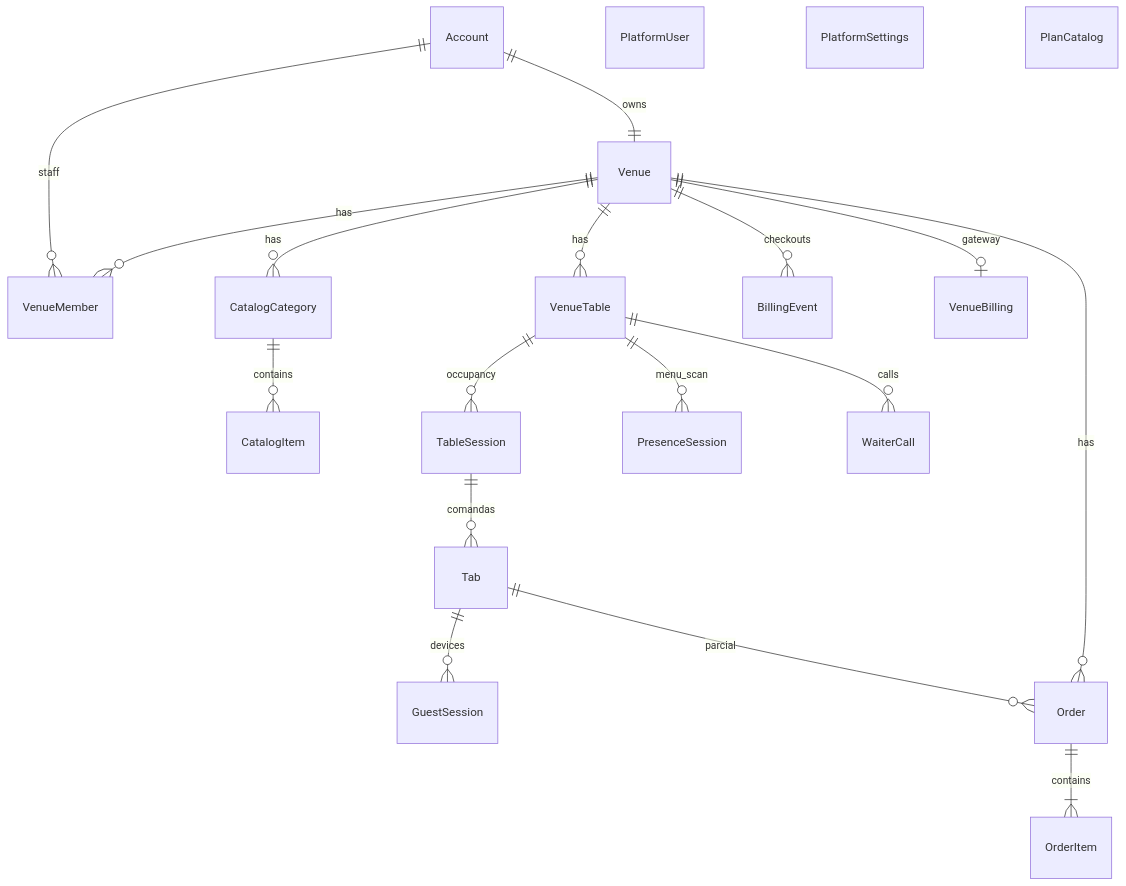
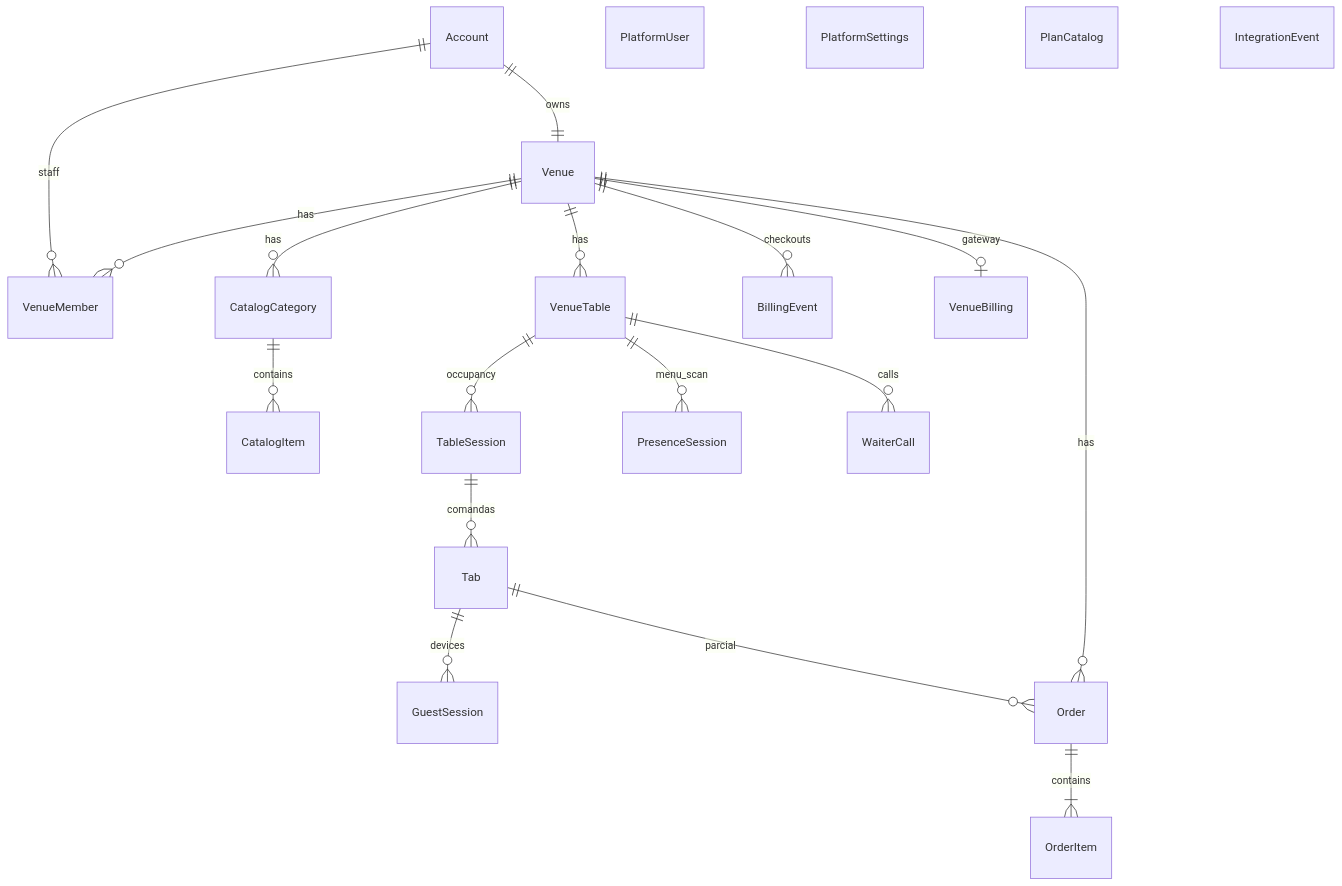
Before and after one commit to filiperamosds/eaimesa-frontend: the diagram in docs/data/schema.md, drawn with Mermaid. The commit also changed other lines of this file and 18 other files, not shown here.

````diff
--- a/docs/data/schema.md
+++ b/docs/data/schema.md
@@ -220,22 +243,23 @@
 ```mermaid
 erDiagram
   Account ||--|| Venue : owns
   Account ||--o{ VenueMember : staff
   Venue ||--o{ VenueMember : has
   Venue ||--o{ CatalogCategory : has
   CatalogCategory ||--o{ CatalogItem : contains
   Venue ||--o{ VenueTable : has
   VenueTable ||--o{ TableSession : occupancy
   VenueTable ||--o{ PresenceSession : menu_scan
   VenueTable ||--o{ WaiterCall : calls
   TableSession ||--o{ Tab : comandas
   Tab ||--o{ GuestSession : devices
   Tab ||--o{ Order : parcial
   Venue ||--o{ Order : has
   Venue ||--o{ BillingEvent : checkouts
   Venue ||--o| VenueBilling : gateway
   Order ||--|{ OrderItem : contains
   PlatformUser
   PlatformSettings
   PlanCatalog
+  IntegrationEvent
 ```
````
